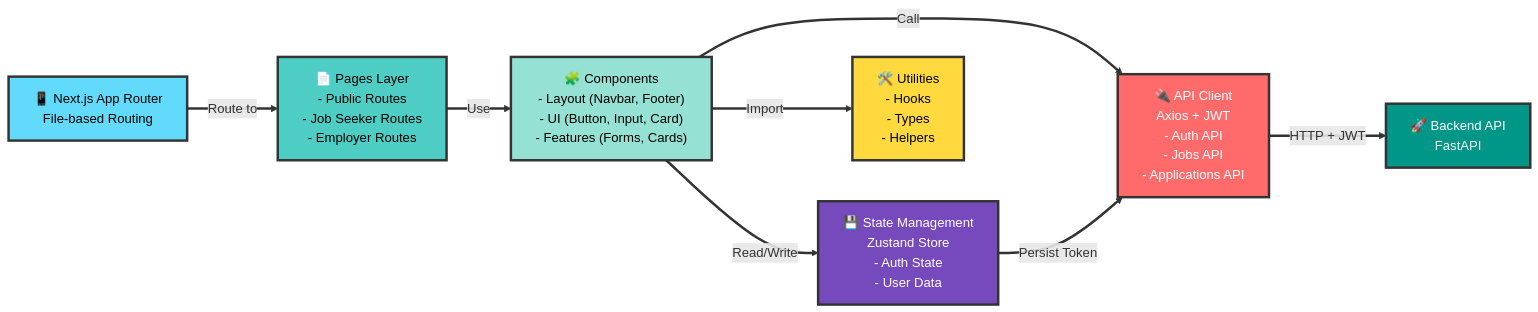
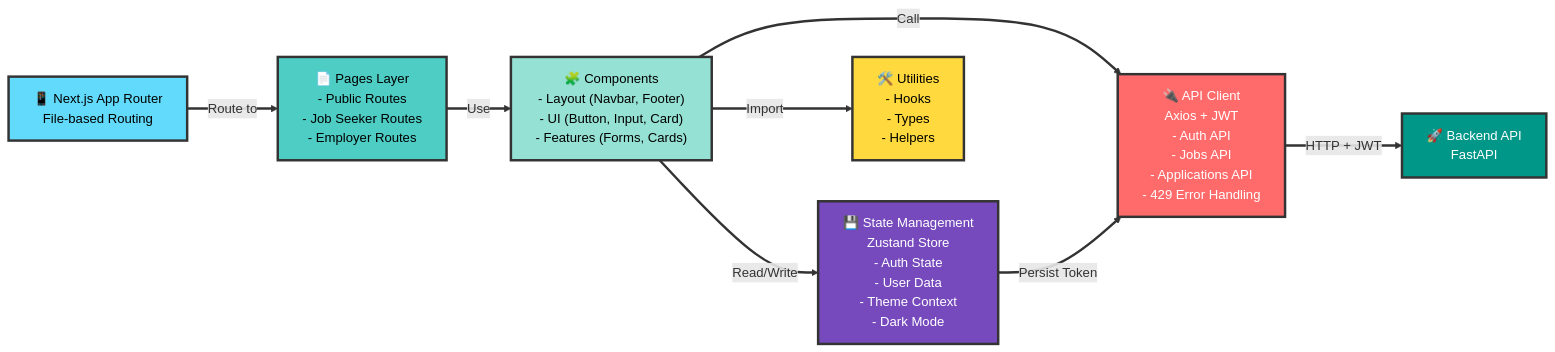
Before and after one commit to fly2safa/JobPortal: the third of 5 diagrams in README.md, drawn with Mermaid. The commit also changed other lines of this file and 1 other file, not shown here.

````diff
--- a/README.md
+++ b/README.md
@@ -283,52 +385,52 @@
 ```mermaid
 graph LR
     %% App Router
     Router["📱 Next.js App Router<br/>File-based Routing"]
     
     %% Pages Layer
     Pages["📄 Pages Layer<br/>- Public Routes<br/>- Job Seeker Routes<br/>- Employer Routes"]
     
     %% Components Layer
     Components["🧩 Components<br/>- Layout (Navbar, Footer)<br/>- UI (Button, Input, Card)<br/>- Features (Forms, Cards)"]
     
     %% State Management
-    State["💾 State Management<br/>Zustand Store<br/>- Auth State<br/>- User Data"]
+    State["💾 State Management<br/>Zustand Store<br/>- Auth State<br/>- User Data<br/>- Theme Context<br/>- Dark Mode"]
     
     %% API Client
-    API["🔌 API Client<br/>Axios + JWT<br/>- Auth API<br/>- Jobs API<br/>- Applications API"]
+    API["🔌 API Client<br/>Axios + JWT<br/>- Auth API<br/>- Jobs API<br/>- Applications API<br/>- 429 Error Handling"]
     
     %% Utilities
     Utils["🛠️ Utilities<br/>- Hooks<br/>- Types<br/>- Helpers"]
     
     %% Backend Connection
     Backend["🚀 Backend API<br/>FastAPI"]
     
     %% Flow
     Router ==>|"Route to"| Pages
     Pages ==>|"Use"| Components
     Components ==>|"Read/Write"| State
     Components ==>|"Call"| API
     Components ==>|"Import"| Utils
     State ==>|"Persist Token"| API
     API ==>|"HTTP + JWT"| Backend
     
     %% Styling
     classDef router fill:#61dafb,stroke:#333,stroke-width:3px,color:#000
     classDef pages fill:#4ecdc4,stroke:#333,stroke-width:3px,color:#000
     classDef components fill:#95e1d3,stroke:#333,stroke-width:3px,color:#000
     classDef state fill:#764abc,stroke:#333,stroke-width:3px,color:#fff
     classDef api fill:#ff6b6b,stroke:#333,stroke-width:3px,color:#fff
     classDef utils fill:#ffd93d,stroke:#333,stroke-width:3px,color:#000
     classDef backend fill:#009688,stroke:#333,stroke-width:3px,color:#fff
     
     class Router router
     class Pages pages
     class Components components
     class State state
     class API api
     class Utils utils
     class Backend backend
     
     %% Link styling
     linkStyle default stroke:#333,stroke-width:3px
 ```
````
